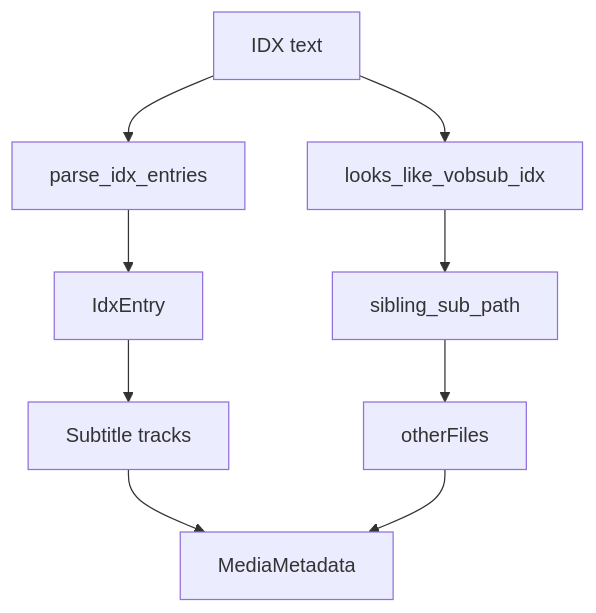
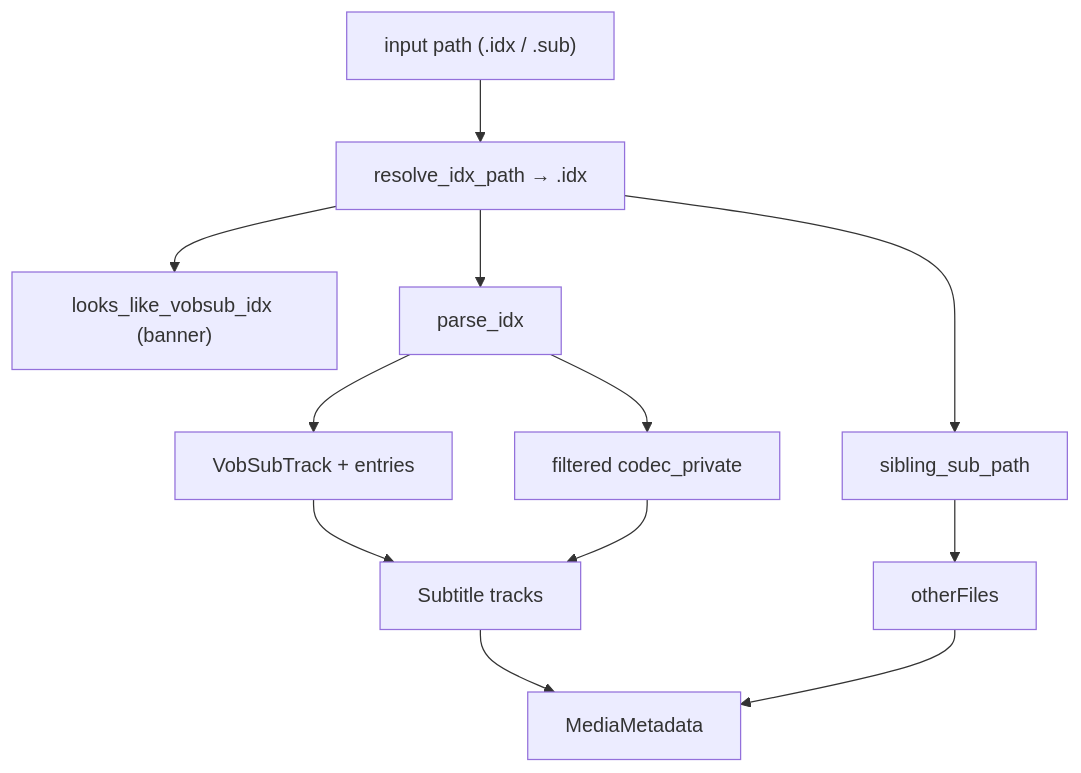
The diagram in docs/parsers/subtitles/vobsub.md (caoccao/BatchMkvMerge), drawn with Mermaid before and after one commit. The commit also changed other lines of this file and 24 other files, not shown here.

````diff
--- a/docs/parsers/subtitles/vobsub.md
+++ b/docs/parsers/subtitles/vobsub.md
@@ -18,11 +18,14 @@
 ```mermaid
 flowchart TD
-  A["IDX text"] --> B["looks_like_vobsub_idx"]
-  A --> C["parse_idx_entries"]
-  C --> D["IdxEntry"]
+  P["input path (.idx / .sub)"] --> R["resolve_idx_path → .idx"]
+  R --> B["looks_like_vobsub_idx (banner)"]
+  R --> C["parse_idx"]
+  C --> D["VobSubTrack + entries"]
+  C --> CP["filtered codec_private"]
   D --> E["Subtitle tracks"]
-  B --> F["sibling_sub_path"]
+  CP --> E
+  R --> F["sibling_sub_path"]
   F --> G["otherFiles"]
   E --> H["MediaMetadata"]
   G --> H
 ```
````
